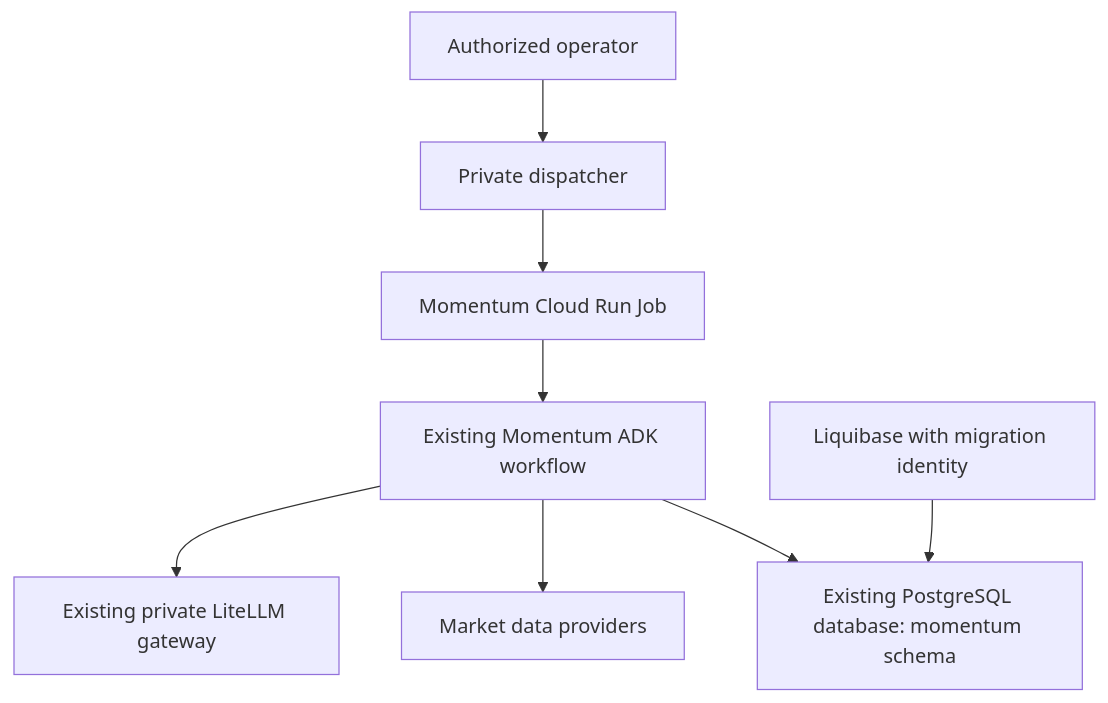
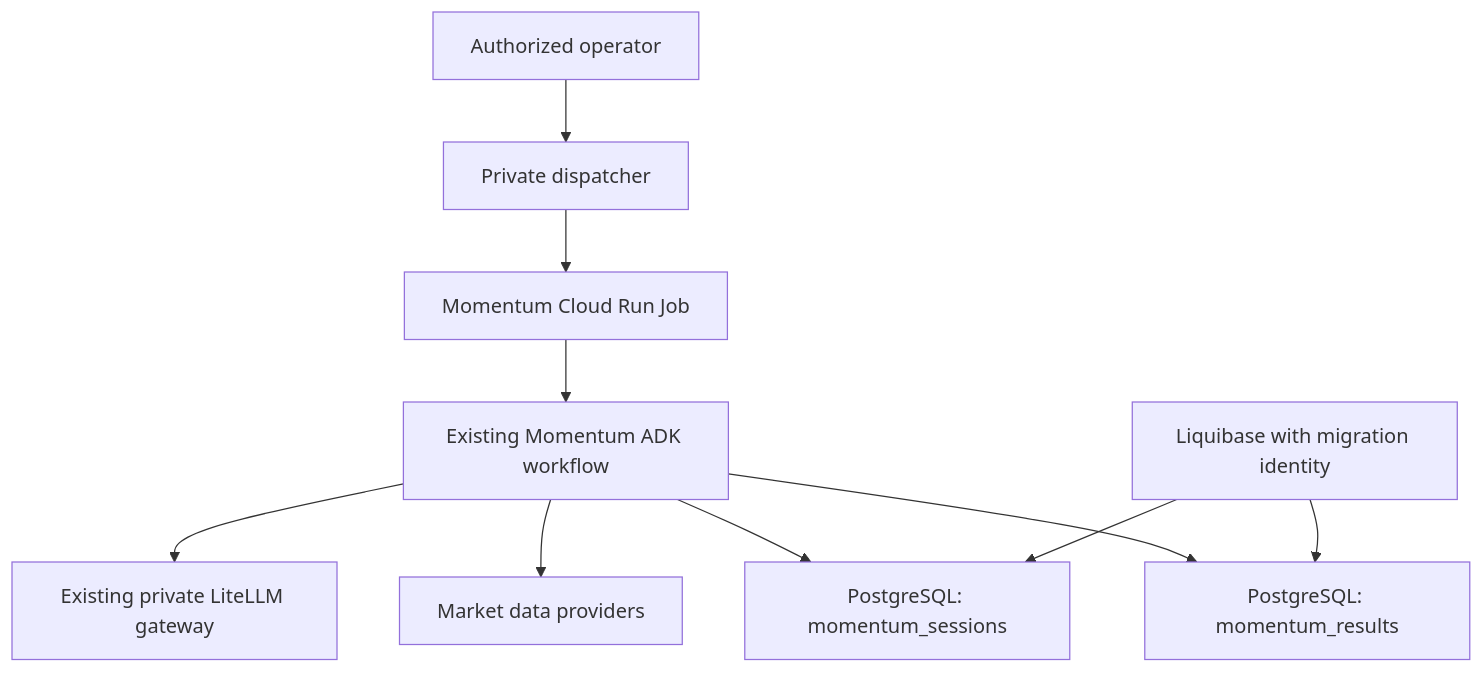
The diagram in tasks/plan.md (kaligautier/trading-on-IBKR-with-ADK-), drawn with Mermaid before and after one commit. The commit also changed other lines of this file and 2 other files, not shown here.

Commit message:
docs(momentum): adopt separate session and result databases

````diff
--- a/tasks/plan.md
+++ b/tasks/plan.md
@@ -27,10 +28,12 @@
 ```mermaid
 flowchart TD
   Caller[Authorized operator] --> HTTP[Private dispatcher]
   HTTP --> Job[Momentum Cloud Run Job]
   Job --> ADK[Existing Momentum ADK workflow]
   ADK --> Gateway[Existing private LiteLLM gateway]
   ADK --> Data[Market data providers]
-  ADK --> PG[Existing PostgreSQL database: momentum schema]
-  Migrate[Liquibase with migration identity] --> PG
+  ADK --> Sessions[PostgreSQL: momentum_sessions]
+  ADK --> Results[PostgreSQL: momentum_results]
+  Migrate[Liquibase with migration identity] --> Sessions
+  Migrate --> Results
 ```
````
